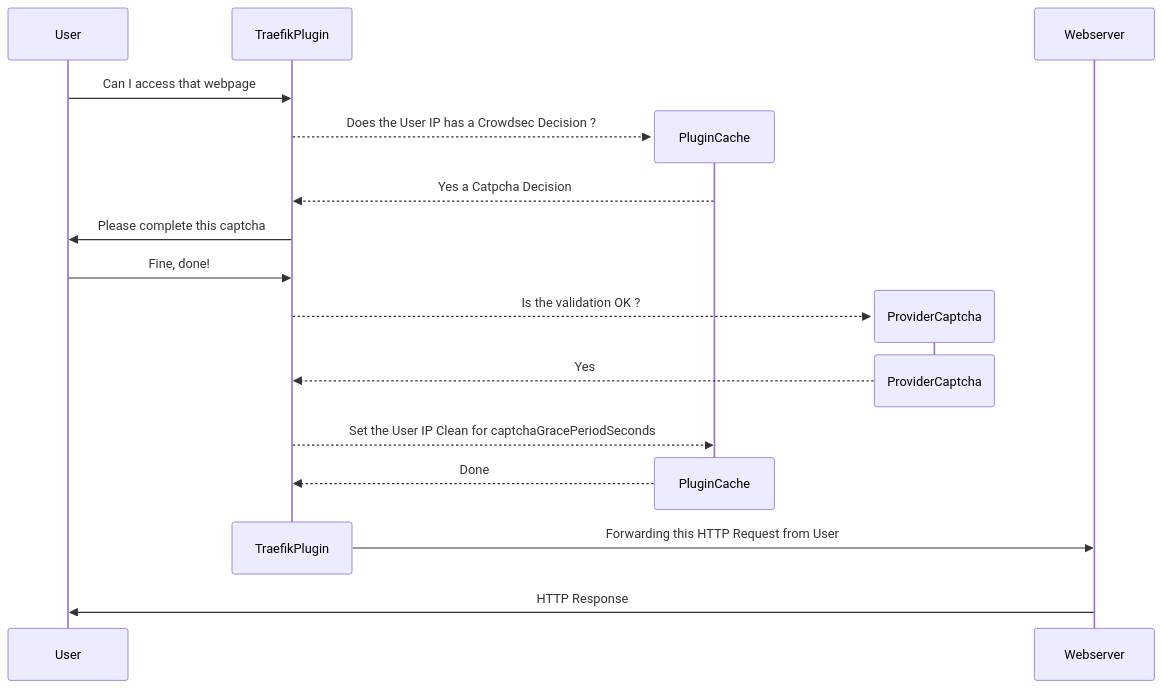
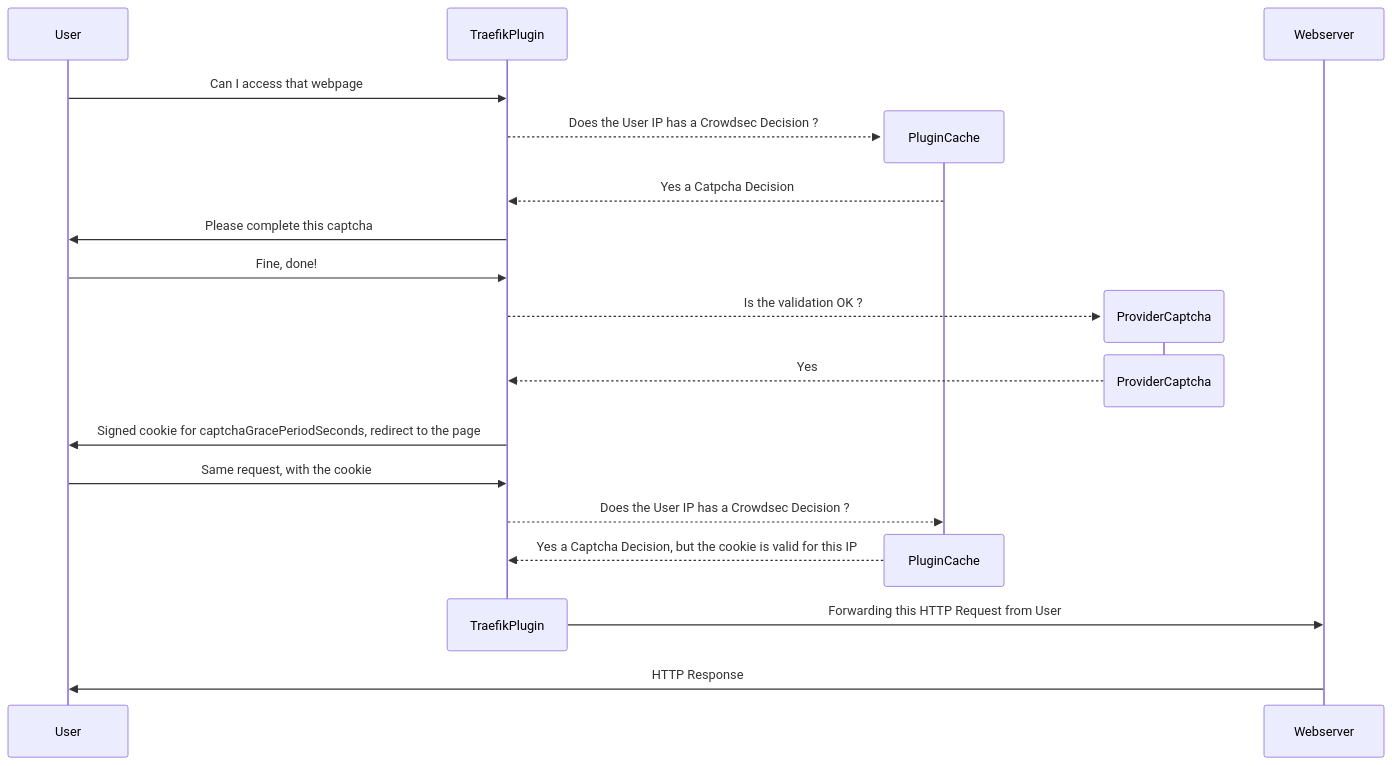
Before and after one commit to david-garcia-garcia/crowdsec-bouncer-traefik-plugin: diagram 13 of 13 in docs/modes.md, drawn with Mermaid. The commit also changed other lines of this file and 1 other file, not shown here.

Commit message:
📝 docs: fix what an unreadable request body does and where a solved captcha is kept
bouncerAppsecFailureAction listed "request body cannot be read" as a failure, while
failure-modes.md (and the plugin) answer it with HTTP 400 error:client-body-read and
no failure action. The captcha diagram in modes.md stored the solved IP in the
decision cache; the plugin sets a signed cookie tied to the IP instead.

Claude-Session: https://claude.ai/code/session_01MgYq9YjZyRkQ4y75weaeLr

````diff
--- a/docs/modes.md
+++ b/docs/modes.md
@@ -223,21 +223,23 @@
 ```mermaid
 sequenceDiagram
     participant User
     participant TraefikPlugin
     User->>TraefikPlugin: Can I access that webpage
     create participant PluginCache
     TraefikPlugin-->>PluginCache: Does the User IP has a Crowdsec Decision ?
     PluginCache-->>TraefikPlugin: Yes a Catpcha Decision
     TraefikPlugin->>User: Please complete this captcha
     User->>TraefikPlugin: Fine, done!
     create participant ProviderCaptcha
     TraefikPlugin-->>ProviderCaptcha: Is the validation OK ?
     destroy ProviderCaptcha
     ProviderCaptcha-->>TraefikPlugin: Yes
-    TraefikPlugin-->>PluginCache: Set the User IP Clean for captchaGracePeriodSeconds
+    TraefikPlugin->>User: Signed cookie for captchaGracePeriodSeconds, redirect to the page
+    User->>TraefikPlugin: Same request, with the cookie
+    TraefikPlugin-->>PluginCache: Does the User IP has a Crowdsec Decision ?
     destroy PluginCache
-    PluginCache-->>TraefikPlugin: Done
+    PluginCache-->>TraefikPlugin: Yes a Captcha Decision, but the cookie is valid for this IP
     destroy TraefikPlugin
     TraefikPlugin->>Webserver: Forwarding this HTTP Request from User
     Webserver->>User: HTTP Response
 ```
````
